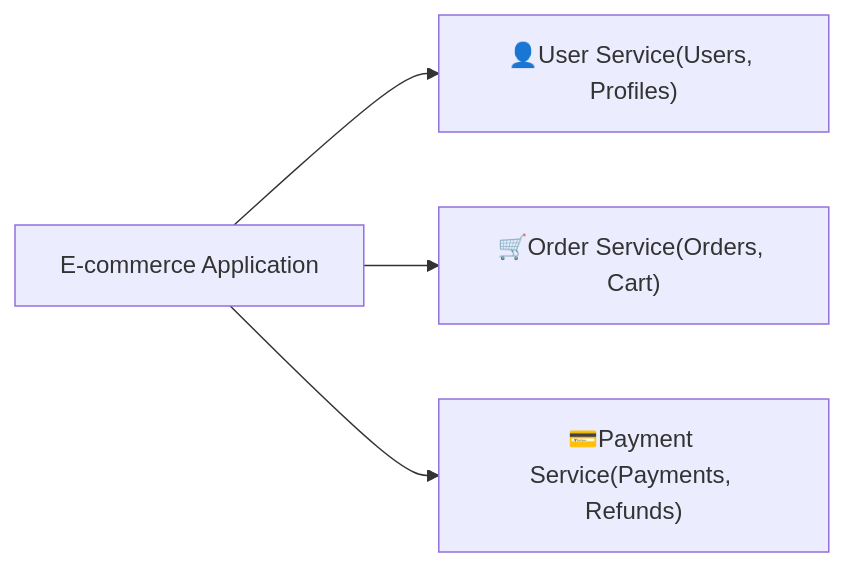
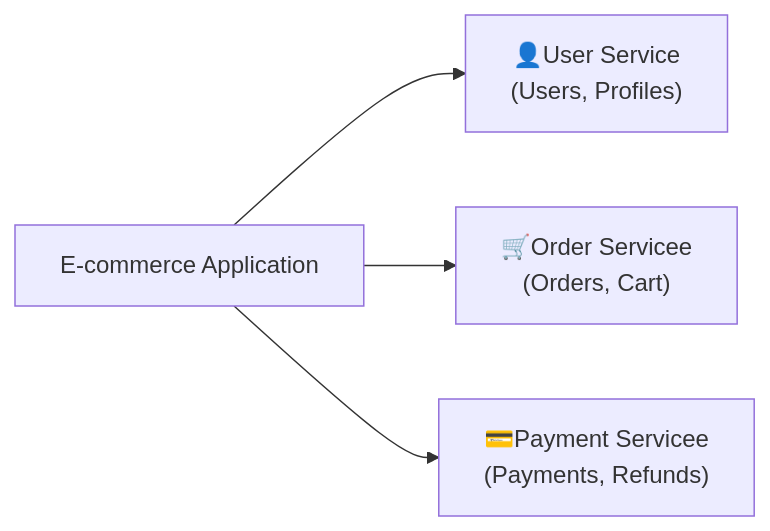
Before and after one commit to apirusov/OneYearChallenge_projects: the third of 7 diagrams in WIKI/Microservices/Basic_concepts.MD, drawn with Mermaid. The commit also changed other lines of this file, not shown here.

````diff
--- a/WIKI/Microservices/Basic_concepts.MD
+++ b/WIKI/Microservices/Basic_concepts.MD
@@ -80,6 +80,6 @@
 ```mermaid
 graph LR
-    ecApp[E-commerce Application] --> usrSrc["👤User Service(Users, Profiles)"]
-    ecApp[E-commerce Application] --> ordSrc["🛒Order Service(Orders, Cart)"]
-    ecApp[E-commerce Application] --> paySrc["💳Payment Service(Payments, Refunds)"]
+    ecApp[E-commerce Application] --> usrSrc["👤User Service<br>(Users, Profiles)"]
+    ecApp[E-commerce Application] --> ordSrc["🛒Order Servicee<br>(Orders, Cart)"]
+    ecApp[E-commerce Application] --> paySrc["💳Payment Servicee<br>(Payments, Refunds)"]
 ```
````
